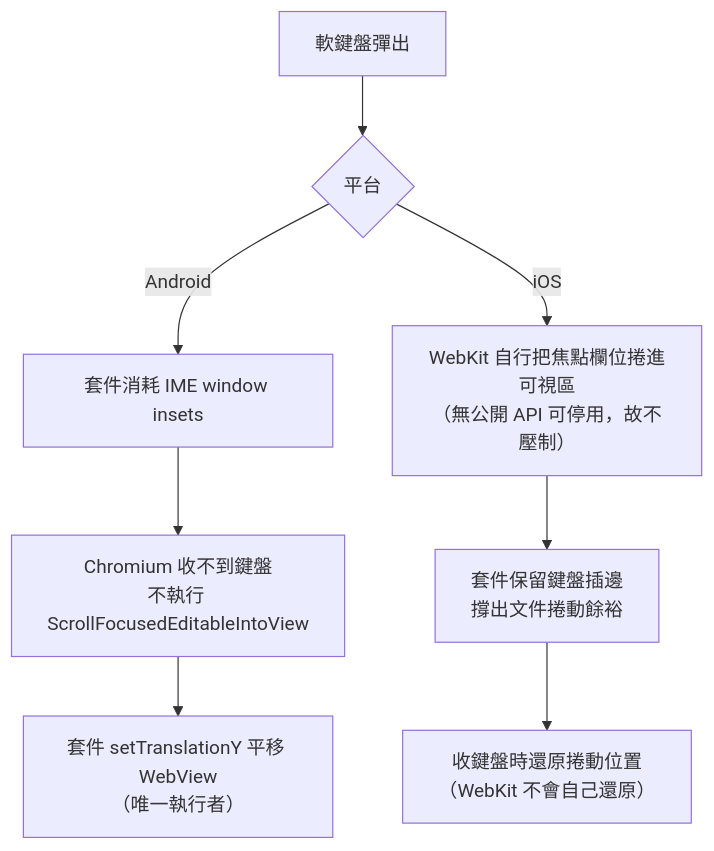
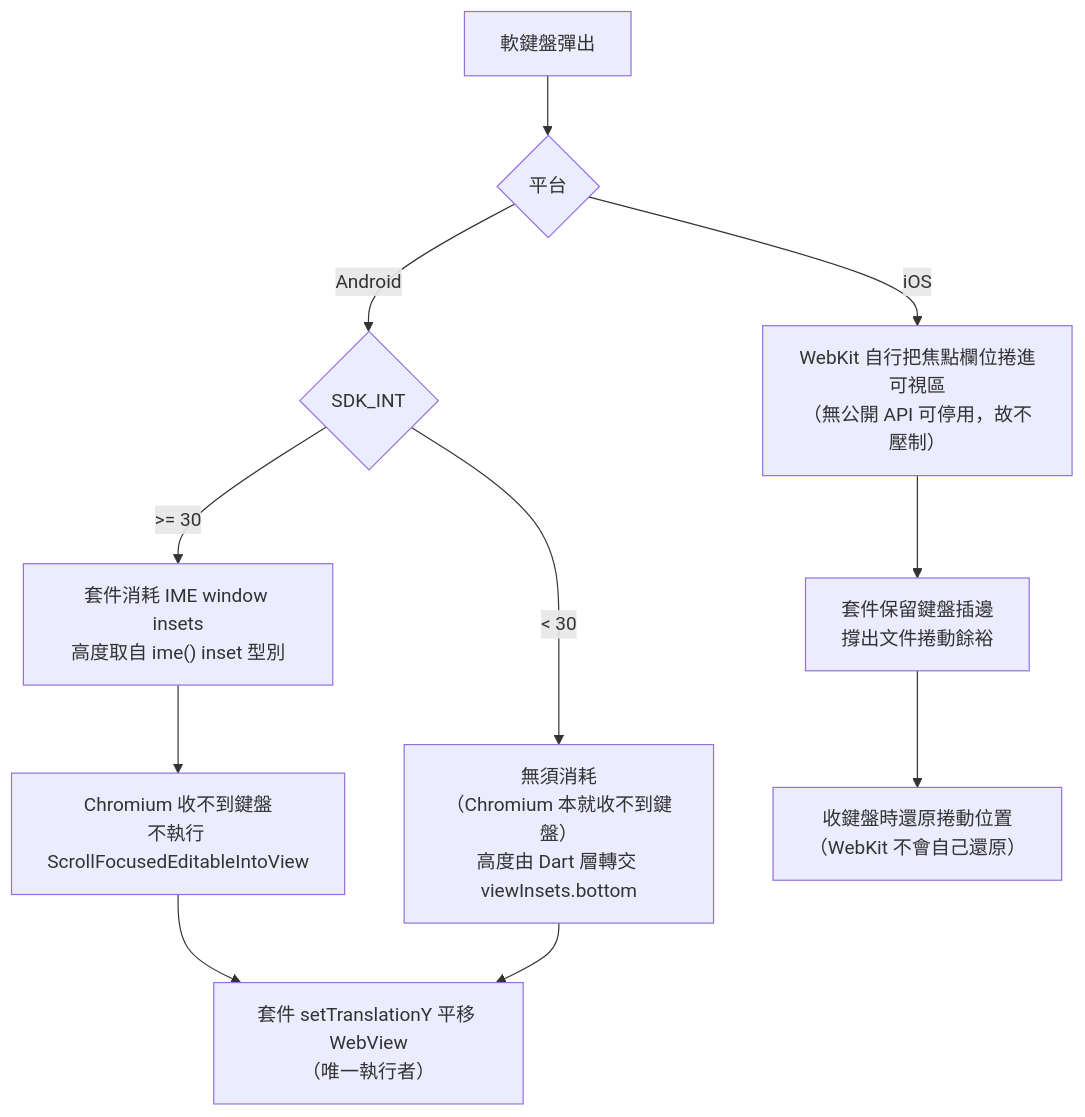
The diagram in .kn-project/wiki/features/keyboard-avoidance.md (KNightING/flutter_inappwebview), drawn with Mermaid before and after one commit. The commit also changed other lines of this file and 9 other files, not shown here.

````diff
--- a/.kn-project/wiki/features/keyboard-avoidance.md
+++ b/.kn-project/wiki/features/keyboard-avoidance.md
@@ -49,13 +49,16 @@
 ```mermaid
 flowchart TD
   KB["軟鍵盤彈出"]
   KB --> A{"平台"}
 
-  A -->|Android| A1["套件消耗 IME window insets"]
+  A -->|Android| AV{"SDK_INT"}
+  AV -->|">= 30"| A1["套件消耗 IME window insets<br/>高度取自 ime() inset 型別"]
   A1 --> A2["Chromium 收不到鍵盤<br/>不執行 ScrollFocusedEditableIntoView"]
+  AV -->|"< 30"| A0["無須消耗<br/>（Chromium 本就收不到鍵盤）<br/>高度由 Dart 層轉交 viewInsets.bottom"]
   A2 --> A3["套件 setTranslationY 平移 WebView<br/>（唯一執行者）"]
+  A0 --> A3
 
   A -->|iOS| B1["WebKit 自行把焦點欄位捲進可視區<br/>（無公開 API 可停用，故不壓制）"]
   B1 --> B2["套件保留鍵盤插邊<br/>撐出文件捲動餘裕"]
   B2 --> B3["收鍵盤時還原捲動位置<br/>（WebKit 不會自己還原）"]
 ```
````
